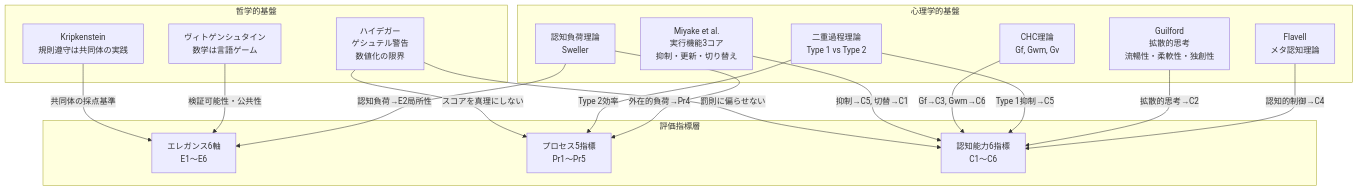
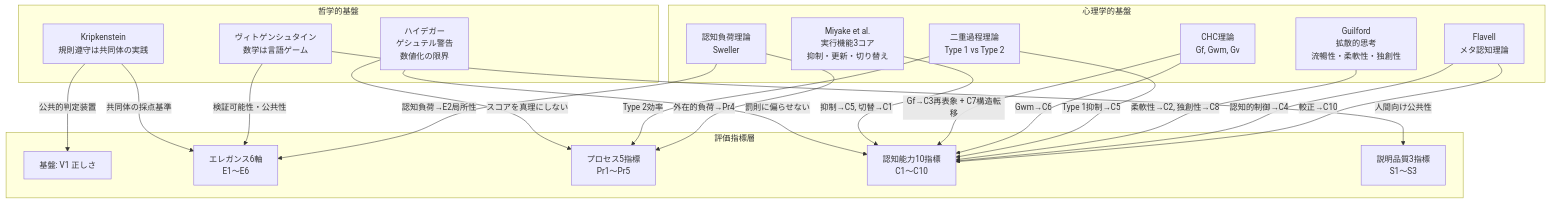
The fifth of 5 diagrams in CEGIS評価マッピング.md (ntdrill/Schedule-Management-Tool), drawn with Mermaid before and after one commit. The commit also changed other lines of this file, not shown here.

````diff
--- a/CEGIS評価マッピング.md
+++ b/CEGIS評価マッピング.md
@@ -595,37 +742,43 @@
 ```mermaid
 flowchart TD
     subgraph philosophy ["哲学的基盤"]
         Kripke["Kripkenstein\n規則遵守は共同体の実践"]
         Witt["ヴィトゲンシュタイン\n数学は言語ゲーム"]
         Heidegger["ハイデガー\nゲシュテル警告\n数値化の限界"]
     end
 
     subgraph psychology ["心理学的基盤"]
         Miyake["Miyake et al.\n実行機能3コア\n抑制・更新・切り替え"]
         CHC["CHC理論\nGf, Gwm, Gv"]
         DualProcess["二重過程理論\nType 1 vs Type 2"]
         Guilford["Guilford\n拡散的思考\n流暢性・柔軟性・独創性"]
         CogLoad["認知負荷理論\nSweller"]
         Metacog["Flavell\nメタ認知理論"]
     end
 
     subgraph indicators ["評価指標層"]
+        Validity["基盤: V1 正しさ"]
         Elegance["エレガンス6軸\nE1〜E6"]
         Process["プロセス5指標\nPr1〜Pr5"]
-        Cognitive["認知能力6指標\nC1〜C6"]
+        Cognitive["認知能力10指標\nC1〜C10"]
+        Style["説明品質3指標\nS1〜S3"]
     end
 
     Kripke -->|"共同体の採点基準"| Elegance
+    Kripke -->|"公共的判定装置"| Validity
     Witt -->|"検証可能性・公共性"| Elegance
+    Witt -->|"人間向け公共性"| Style
     Heidegger -->|"スコアを真理にしない"| Process
     Heidegger -->|"罰則に偏らせない"| Cognitive
 
     Miyake -->|"抑制→C5, 切替→C1"| Cognitive
-    CHC -->|"Gf→C3, Gwm→C6"| Cognitive
+    CHC -->|"Gf→C3再表象 + C7構造転移"| Cognitive
+    CHC -->|"Gwm→C6"| Cognitive
     DualProcess -->|"Type 2効率"| Process
     DualProcess -->|"Type 1抑制→C5"| Cognitive
-    Guilford -->|"拡散的思考→C2"| Cognitive
+    Guilford -->|"柔軟性→C2, 独創性→C8"| Cognitive
     CogLoad -->|"認知負荷→E2局所性"| Elegance
     CogLoad -->|"外在的負荷→Pr4"| Process
     Metacog -->|"認知的制御→C4"| Cognitive
+    Metacog -->|"較正→C10"| Cognitive
 ```
````
